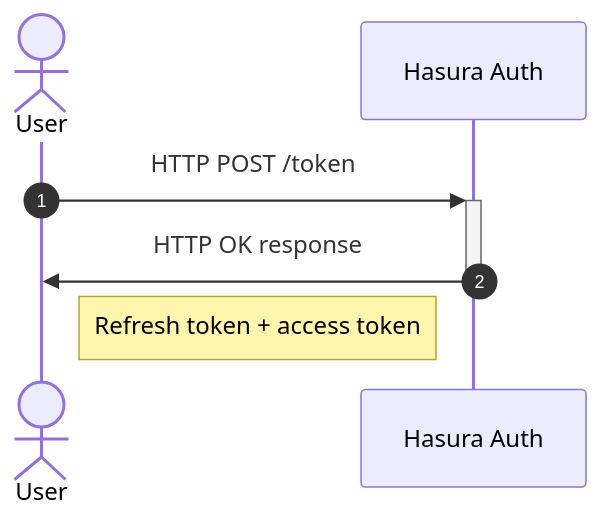
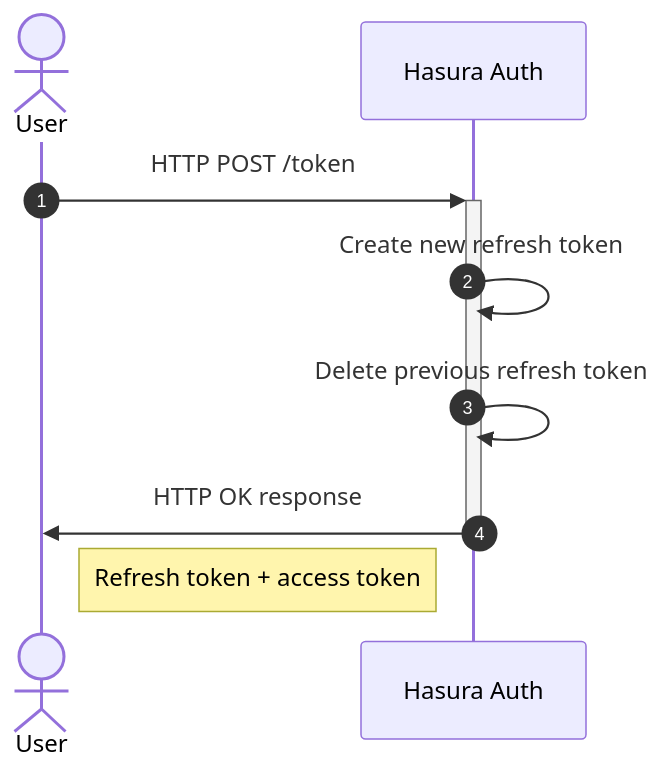
The diagram in docs/workflows/refresh-token.md (nhost/hasura-auth), drawn with Mermaid before and after one commit. The commit also changed 7 other files, not shown here.

Commit message:
feat: refresh session with new refresh token

````diff
--- a/docs/workflows/refresh-token.md
+++ b/docs/workflows/refresh-token.md
@@ -3,9 +3,11 @@
 ```mermaid
 sequenceDiagram
 	autonumber
 	actor U as User
 	participant A as Hasura Auth
 	U->>+A: HTTP POST /token
+    A->>A: Create new refresh token
+    A->>A: Delete previous refresh token
 	A->>-U: HTTP OK response
 	Note left of A: Refresh token + access token
 ```
````
